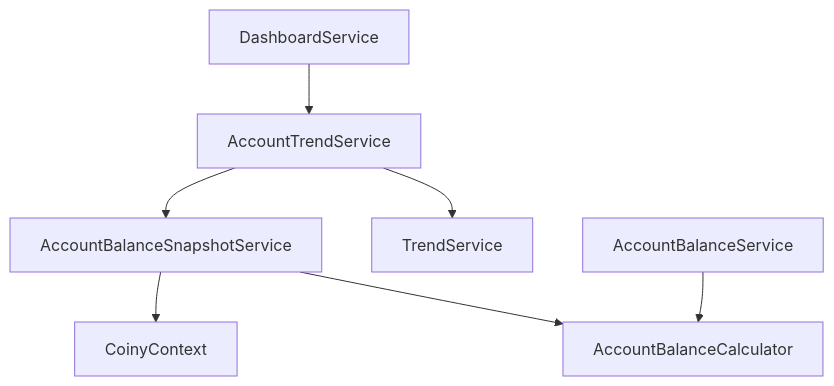
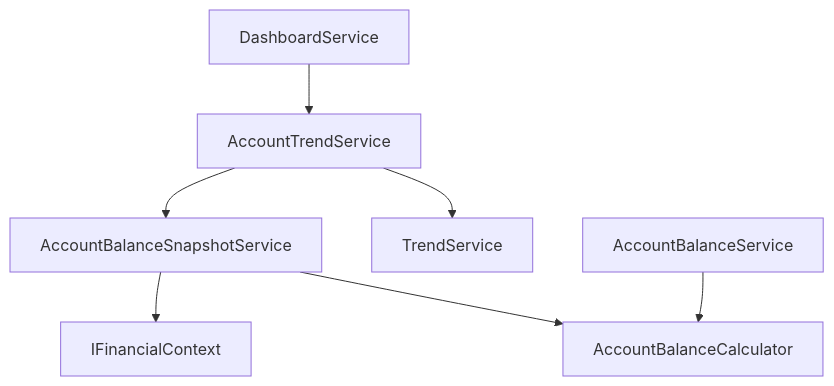
One commit to Bigger-Debbie/Coiny changed the diagram in docs/03-account-trends.md. Above: the diagram before and after it, drawn with Mermaid. The commit also changed other lines of this file and 23 other files, not shown here.

````diff
--- a/docs/03-account-trends.md
+++ b/docs/03-account-trends.md
@@ -58,9 +58,9 @@
 ```mermaid
 flowchart TD
     DashboardService --> AccountTrendService
     AccountTrendService --> AccountBalanceSnapshotService
     AccountTrendService --> TrendService
-    AccountBalanceSnapshotService --> CoinyContext
+    AccountBalanceSnapshotService --> IFinancialContext
     AccountBalanceSnapshotService --> AccountBalanceCalculator
     AccountBalanceService --> AccountBalanceCalculator
 ```
````
